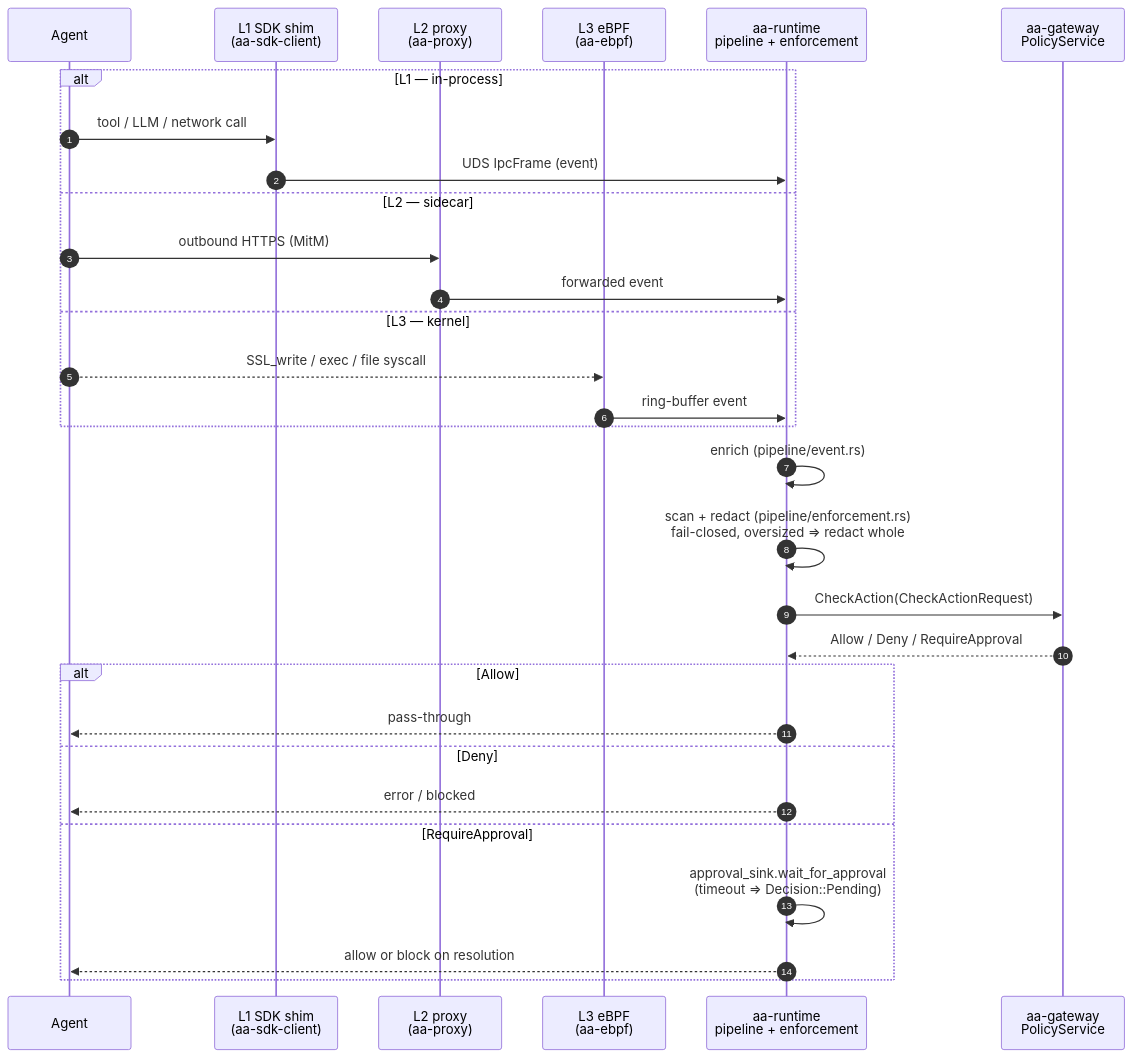
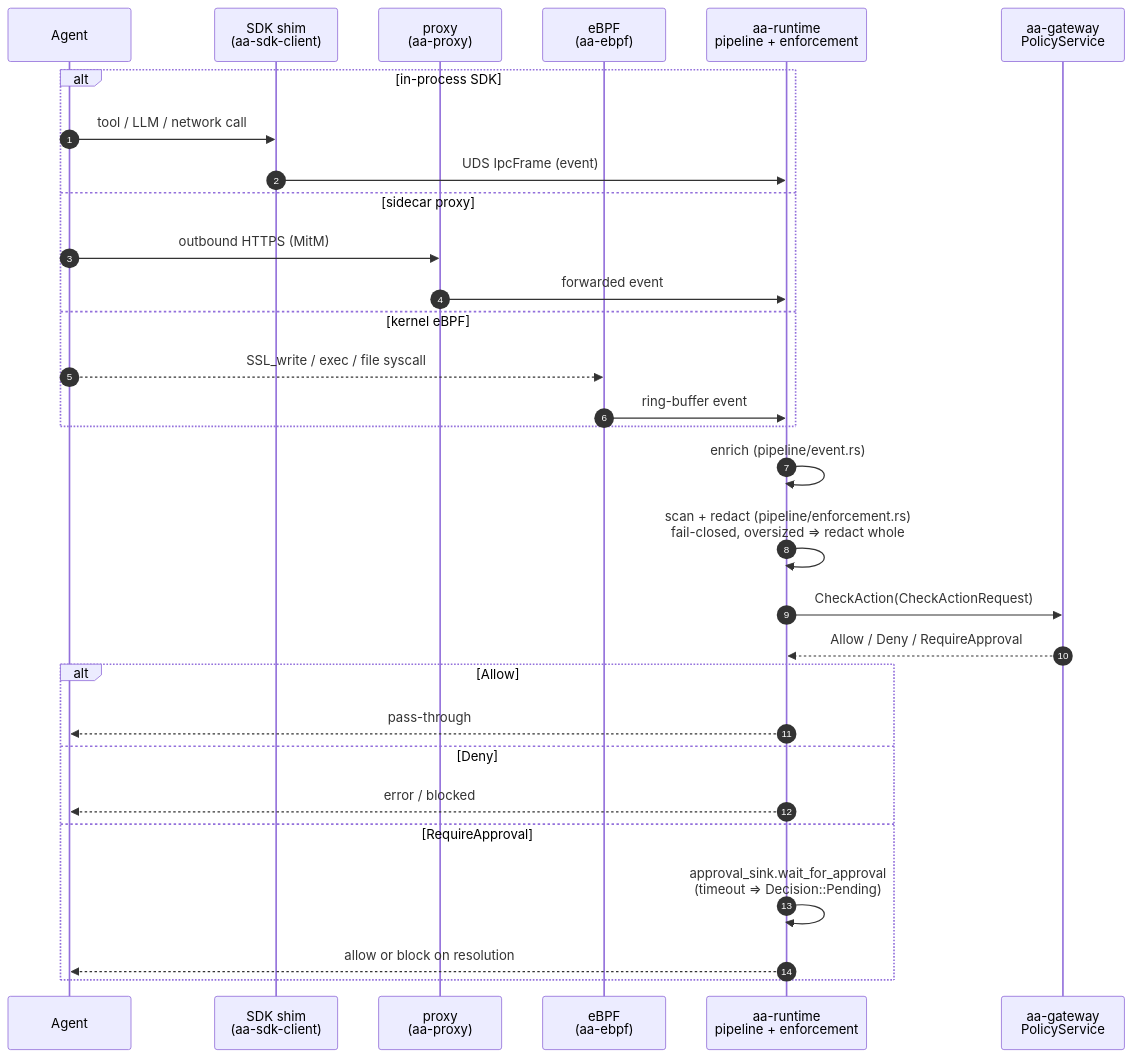
Before and after one commit to ai-agent-assembly/agent-assembly: the fourth of 4 diagrams in docs/src/architecture/workflows.md, drawn with Mermaid. The commit also changed other lines of this file and 3 other files, not shown here.

First line of the commit message:
📝 (docs): Re-term architecture components/workflows/infra pages

````diff
--- a/docs/src/architecture/workflows.md
+++ b/docs/src/architecture/workflows.md
@@ -154,34 +154,34 @@
 ```mermaid
 sequenceDiagram
     autonumber
     participant Agent
-    participant SDK as L1 SDK shim<br/>(aa-sdk-client)
-    participant Proxy as L2 proxy<br/>(aa-proxy)
-    participant eBPF as L3 eBPF<br/>(aa-ebpf)
+    participant SDK as SDK shim<br/>(aa-sdk-client)
+    participant Proxy as proxy<br/>(aa-proxy)
+    participant eBPF as eBPF<br/>(aa-ebpf)
     participant RT as aa-runtime<br/>pipeline + enforcement
     participant GW as aa-gateway<br/>PolicyService
 
-    alt L1 — in-process
+    alt in-process SDK
         Agent->>SDK: tool / LLM / network call
         SDK->>RT: UDS IpcFrame (event)
-    else L2 — sidecar
+    else sidecar proxy
         Agent->>Proxy: outbound HTTPS (MitM)
         Proxy->>RT: forwarded event
-    else L3 — kernel
+    else kernel eBPF
         Agent-->>eBPF: SSL_write / exec / file syscall
         eBPF->>RT: ring-buffer event
     end
 
     RT->>RT: enrich (pipeline/event.rs)
     RT->>RT: scan + redact (pipeline/enforcement.rs)<br/>fail-closed, oversized ⇒ redact whole
     RT->>GW: CheckAction(CheckActionRequest)
     GW-->>RT: Allow / Deny / RequireApproval
     alt Allow
         RT-->>Agent: pass-through
     else Deny
         RT-->>Agent: error / blocked
     else RequireApproval
         RT->>RT: approval_sink.wait_for_approval<br/>(timeout ⇒ Decision::Pending)
         RT-->>Agent: allow or block on resolution
     end
 ```
````
